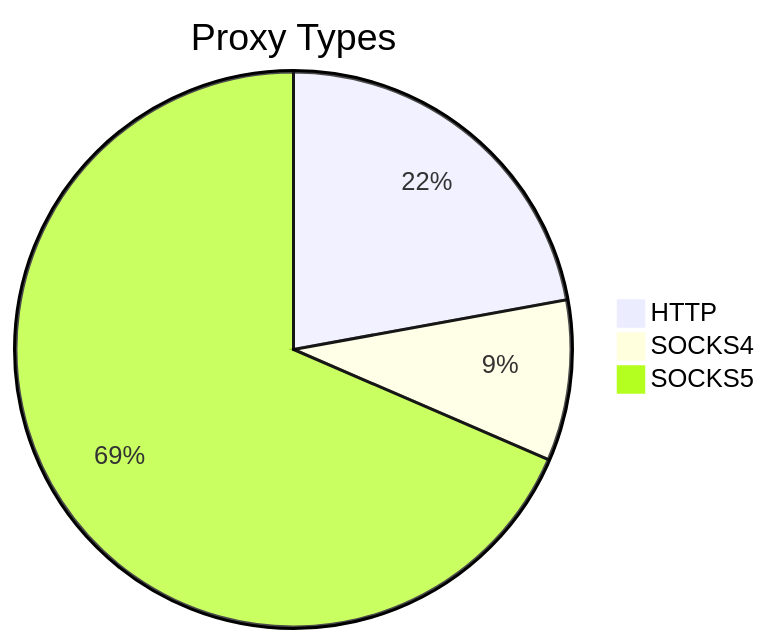
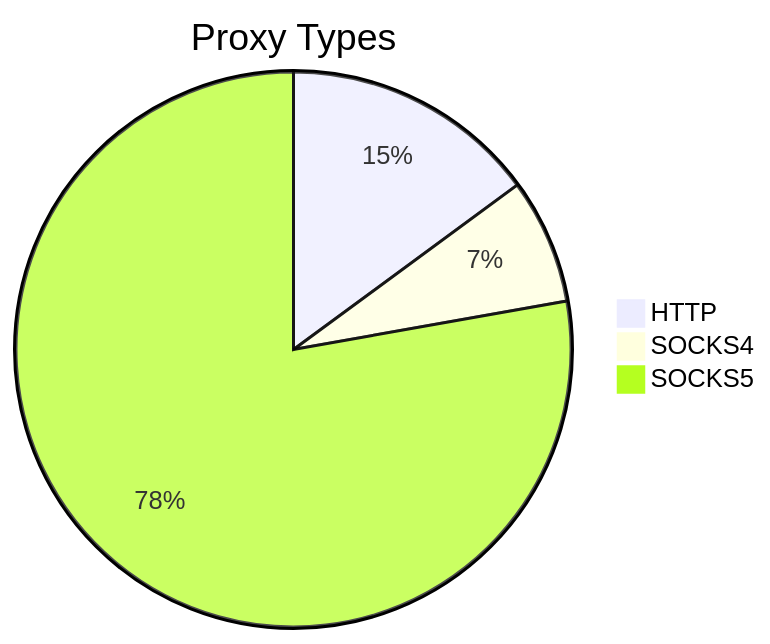
Before and after one commit to stormsia/proxy-list: the first of 2 diagrams in README.md, drawn with Mermaid. The commit also changed other lines of this file, not shown here.

````diff
--- a/README.md
+++ b/README.md
@@ -21,6 +21,6 @@
 ```mermaid
 pie title Proxy Types
-    "HTTP" : 116
-    "SOCKS4" : 49
-    "SOCKS5" : 359
+    "HTTP" : 92
+    "SOCKS4" : 45
+    "SOCKS5" : 480
 ```
````
